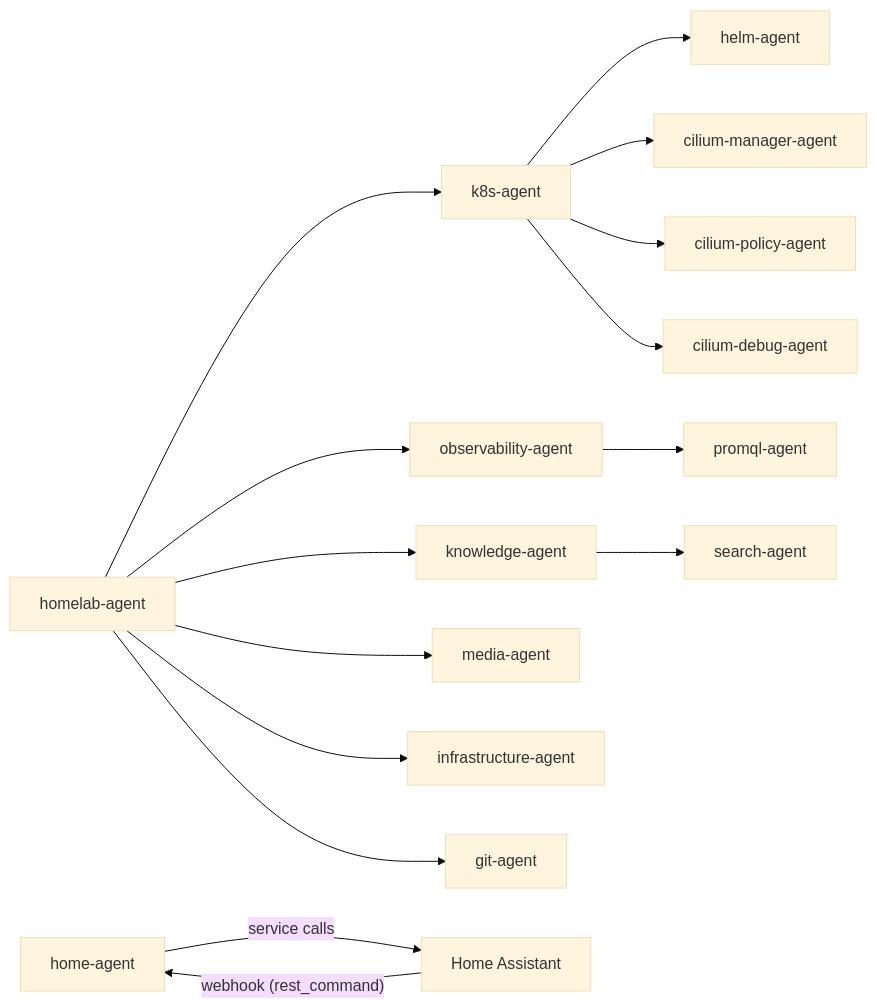
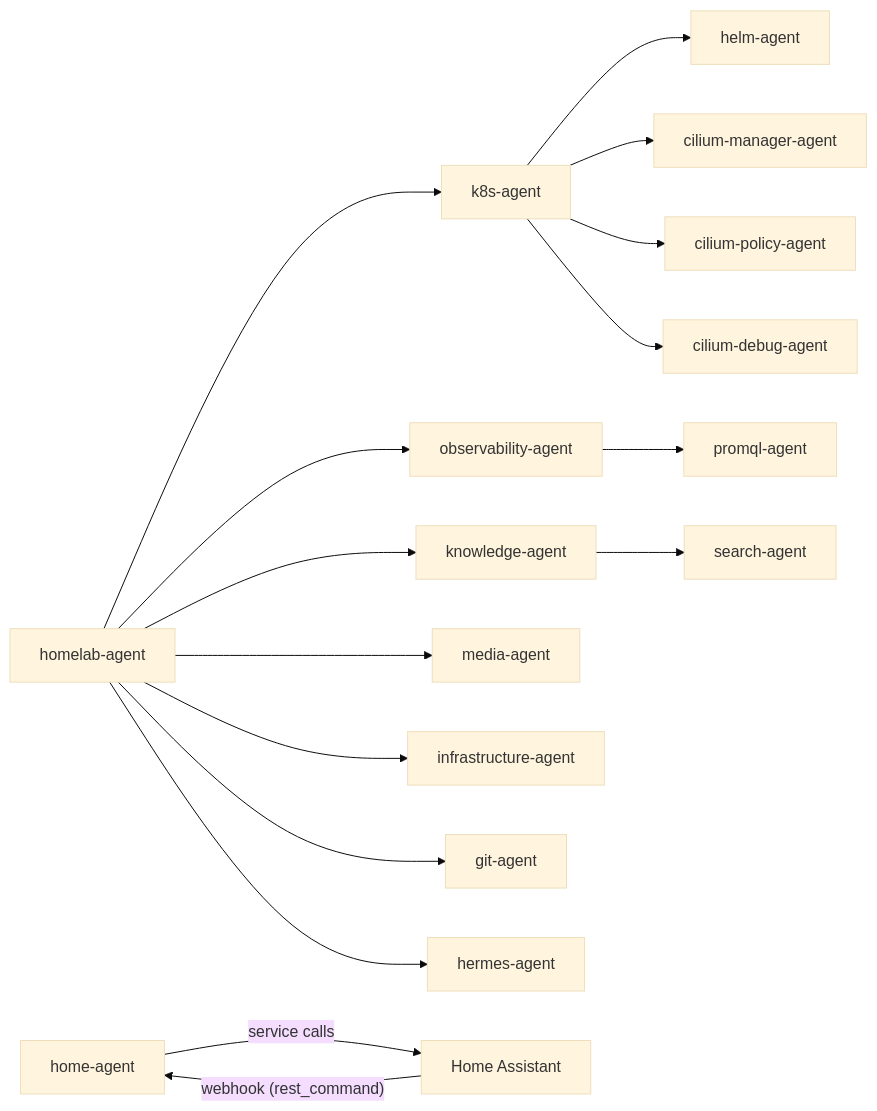
The diagram in flux/manifests/04-apps/artificial-intelligence/agents/README.md (Apocrathia/homelab), drawn with Mermaid (base theme) before and after one commit. The commit also changed other lines of this file and 8 other files, not shown here.

First line of the commit message:
feat(agents): add hermes-agent BYO shim for kagent-to-Hermes A2A delegation

````diff
--- a/flux/manifests/04-apps/artificial-intelligence/agents/README.md
+++ b/flux/manifests/04-apps/artificial-intelligence/agents/README.md
@@ -37,36 +38,38 @@
 ```mermaid
 flowchart LR
     H[homelab-agent]
     K8S[k8s-agent]
     HELM[helm-agent]
     CILIUM_MGR[cilium-manager-agent]
     OBS[observability-agent]
     PROMQL[promql-agent]
     KNOW[knowledge-agent]
     SEARCH[search-agent]
     MEDIA[media-agent]
     INFRA[infrastructure-agent]
     GIT[git-agent]
+    HERMES[hermes-agent]
     CILIUM_POLICY[cilium-policy-agent]
     CILIUM_DEBUG[cilium-debug-agent]
     HOME[home-agent]
     HA[Home Assistant]
 
     H --> K8S
     H --> OBS
     H --> MEDIA
     H --> INFRA
     H --> GIT
     H --> KNOW
+    H --> HERMES
 
     K8S --> HELM
     K8S --> CILIUM_MGR
     K8S --> CILIUM_POLICY
     K8S --> CILIUM_DEBUG
 
     KNOW --> SEARCH
     OBS --> PROMQL
 
     HA -->|"webhook (rest_command)"| HOME
     HOME -->|"service calls"| HA
 ```
````
